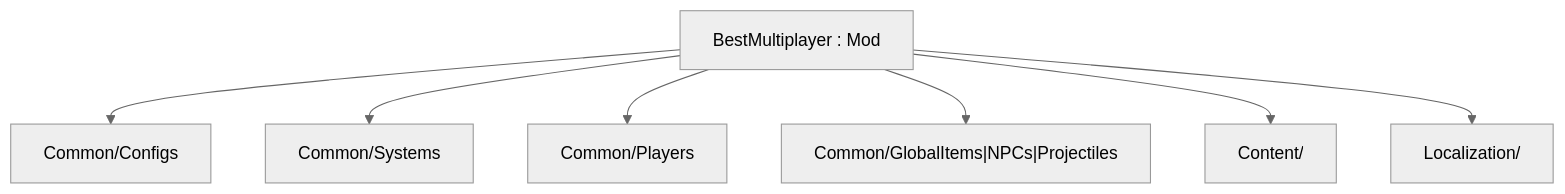
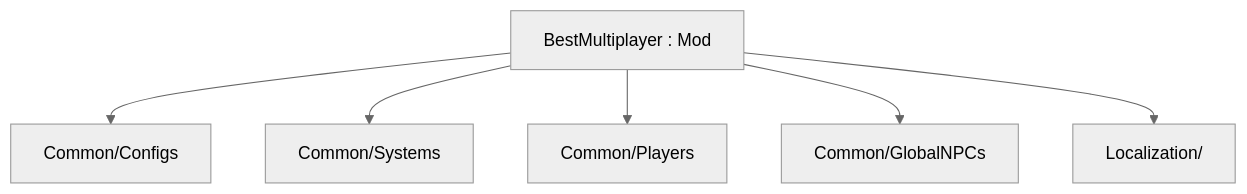
One commit to AdamPSU/BestMultiplayer changed the diagram in wiki/concepts/scaffold-conventions.md. Above: the diagram before and after it, drawn with Mermaid (neutral theme). The commit also changed other lines of this file and 15 other files, not shown here.

````diff
--- a/wiki/concepts/scaffold-conventions.md
+++ b/wiki/concepts/scaffold-conventions.md
@@ -10,10 +10,9 @@
 ```mermaid
 flowchart TB
   Mod["BestMultiplayer : Mod"]
   Mod --> Configs["Common/Configs"]
   Mod --> Systems["Common/Systems"]
   Mod --> Players["Common/Players"]
-  Mod --> Globals["Common/GlobalItems|NPCs|Projectiles"]
-  Mod --> Content["Content/"]
+  Mod --> Globals["Common/GlobalNPCs"]
   Mod --> Loc["Localization/"]
 ```
````
